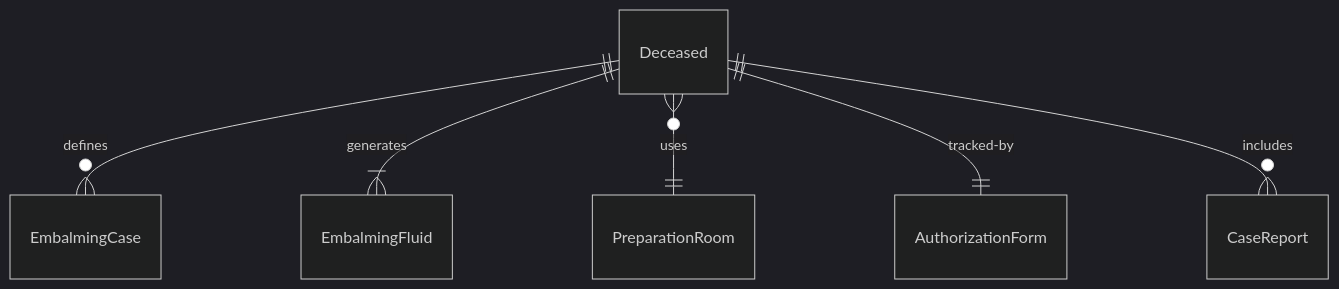
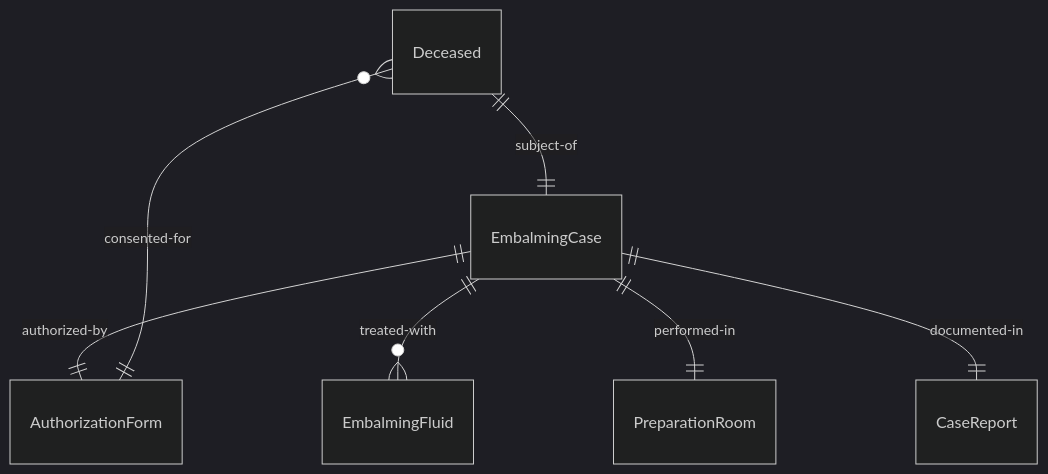
The first of 4 diagrams in HandlingAndMovingObjects/EmbalmCorpses/EmbalmCorpses.mdx (dot-org-ai/tasks.org.ai), drawn with Mermaid (dark theme) before and after one commit. The commit also changed other lines of this file and 515 other files, not shown here.

````diff
--- a/HandlingAndMovingObjects/EmbalmCorpses/EmbalmCorpses.mdx
+++ b/HandlingAndMovingObjects/EmbalmCorpses/EmbalmCorpses.mdx
@@ -88,8 +88,9 @@
 ```mermaid
 erDiagram
-    Deceased ||--o{ EmbalmingCase : "defines"
-    Deceased ||--|{ EmbalmingFluid : "generates"
-    Deceased }o--|| PreparationRoom : "uses"
-    Deceased ||--|| AuthorizationForm : "tracked-by"
-    Deceased ||--o{ CaseReport : "includes"
+    Deceased ||--|| EmbalmingCase : "subject-of"
+    EmbalmingCase ||--|| AuthorizationForm : "authorized-by"
+    EmbalmingCase ||--o{ EmbalmingFluid : "treated-with"
+    EmbalmingCase ||--|| PreparationRoom : "performed-in"
+    EmbalmingCase ||--|| CaseReport : "documented-in"
+    Deceased }o--|| AuthorizationForm : "consented-for"
 ```
````
